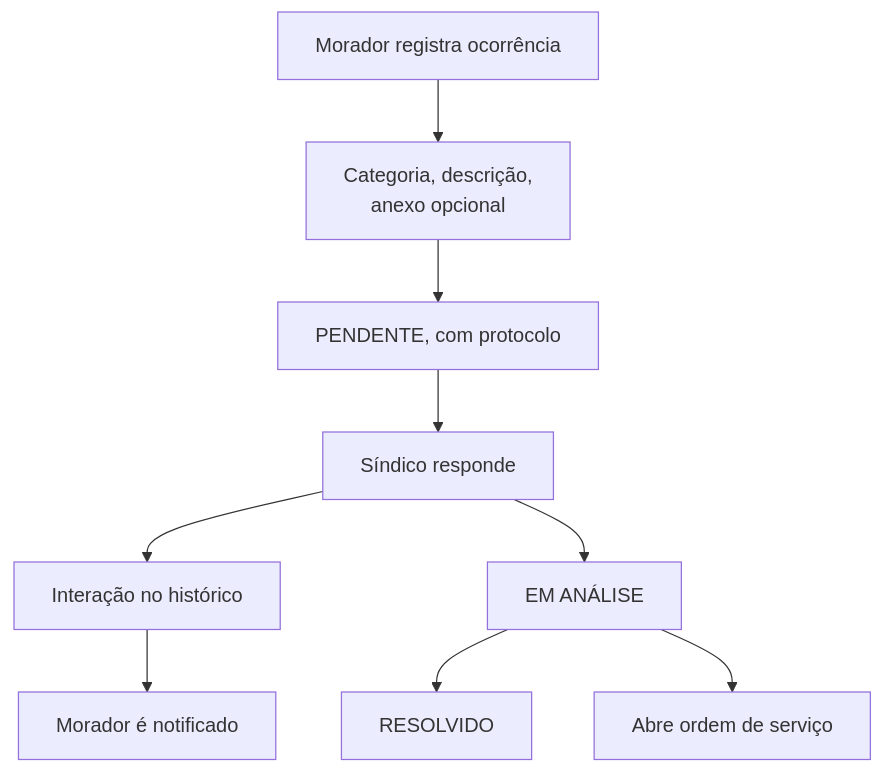
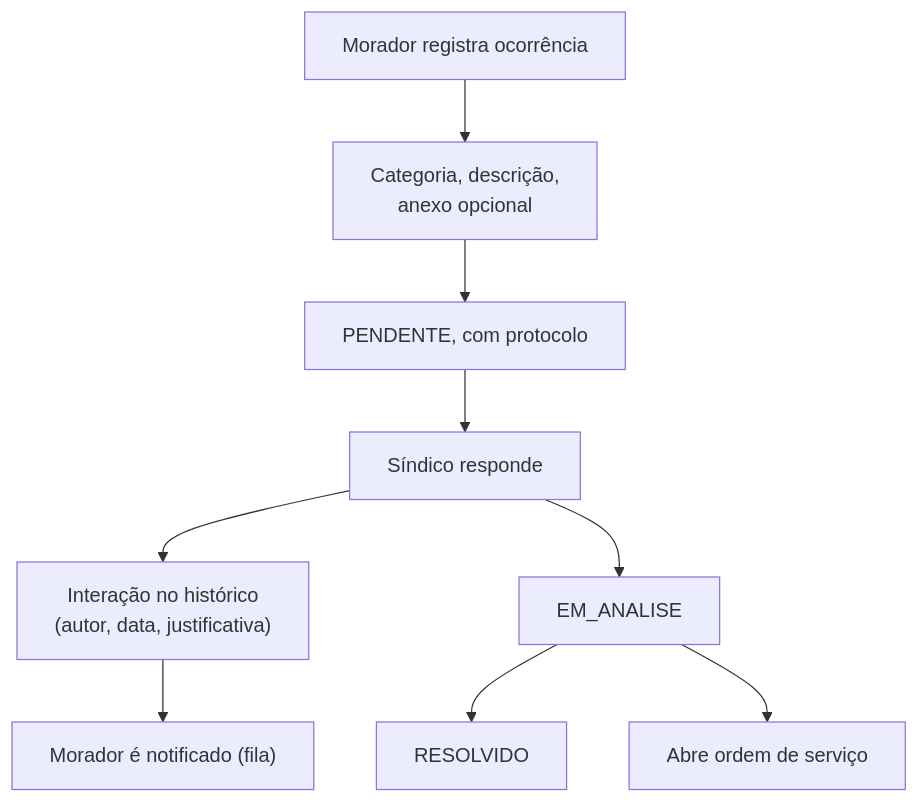
The first of 2 diagrams in docs/servicos/ocorrencias-service.md (JuanServelo/Mora-Backend), drawn with Mermaid before and after one commit. The commit also changed other lines of this file and 109 other files, not shown here.

````diff
--- a/docs/servicos/ocorrencias-service.md
+++ b/docs/servicos/ocorrencias-service.md
@@ -46,11 +40,11 @@
 ```mermaid
 graph TD
     M["Morador registra ocorrência"] --> D["Categoria, descrição,<br/>anexo opcional"]
     D --> P["PENDENTE, com protocolo"]
     P --> S["Síndico responde"]
-    S --> I["Interação no histórico"]
-    I --> N["Morador é notificado"]
-    S --> EA["EM ANÁLISE"]
+    S --> I["Interação no histórico<br/>(autor, data, justificativa)"]
+    I --> N["Morador é notificado (fila)"]
+    S --> EA["EM_ANALISE"]
     EA --> RE["RESOLVIDO"]
     EA --> OS["Abre ordem de serviço"]
 ```
````
